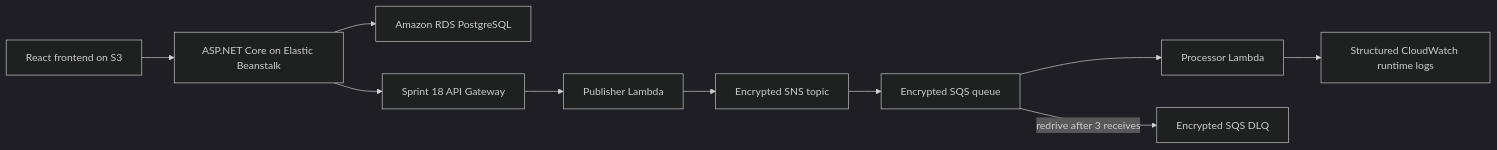
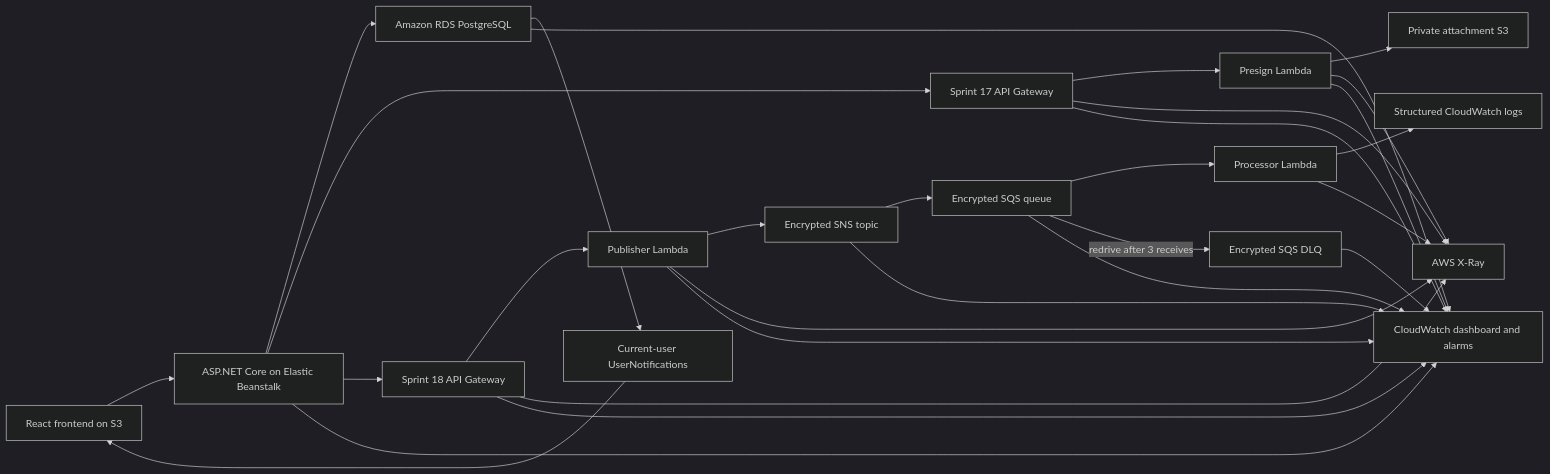
One commit to ALMAFLEHI/PropCareCloud changed the diagram in docs/architecture/task2_cloud_architecture.md. Above: the diagram before and after it, drawn with Mermaid (dark theme). The commit also changed other lines of this file and 33 other files, not shown here.

Commit message:
Add CloudWatch X-Ray monitoring and notification inbox

````diff
--- a/docs/architecture/task2_cloud_architecture.md
+++ b/docs/architecture/task2_cloud_architecture.md
@@ -48,12 +53,31 @@
 ```mermaid
 flowchart LR
     Browser["React frontend on S3"] --> Backend["ASP.NET Core on Elastic Beanstalk"]
     Backend --> RDS["Amazon RDS PostgreSQL"]
+    RDS --> Inbox["Current-user UserNotifications"]
+    Inbox --> Browser
+    Backend --> AttachmentGateway["Sprint 17 API Gateway"]
+    AttachmentGateway --> Presign["Presign Lambda"]
+    Presign --> PrivateS3["Private attachment S3"]
     Backend --> Gateway["Sprint 18 API Gateway"]
     Gateway --> Publisher["Publisher Lambda"]
     Publisher --> SNS["Encrypted SNS topic"]
     SNS --> Queue["Encrypted SQS queue"]
     Queue --> Processor["Processor Lambda"]
-    Processor --> Logs["Structured CloudWatch runtime logs"]
+    Processor --> Logs["Structured CloudWatch logs"]
     Queue -->|"redrive after 3 receives"| DLQ["Encrypted SQS DLQ"]
+    AttachmentGateway --> XRay["AWS X-Ray"]
+    Presign --> XRay
+    Gateway --> XRay
+    Publisher --> XRay
+    Processor --> XRay
+    AttachmentGateway --> Monitoring["CloudWatch dashboard and alarms"]
+    Presign --> Monitoring
+    Gateway --> Monitoring
+    Publisher --> Monitoring
+    SNS --> Monitoring
+    Queue --> Monitoring
+    DLQ --> Monitoring
+    Backend --> Monitoring
+    RDS --> Monitoring
 ```
````
